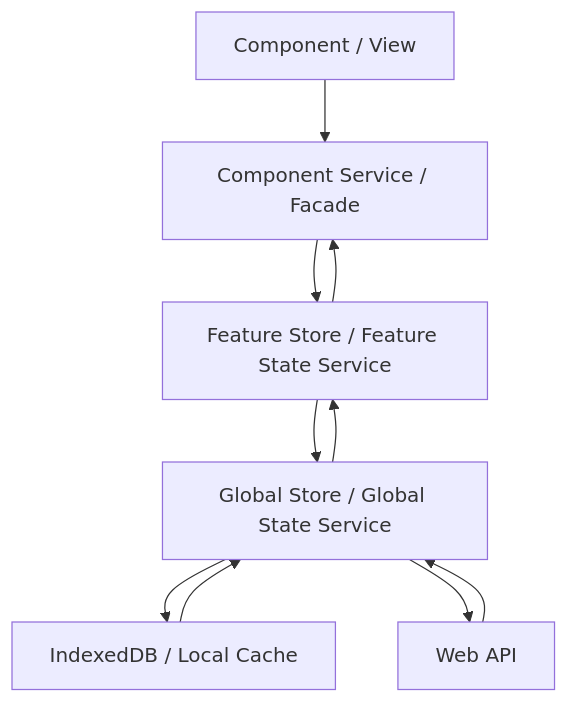
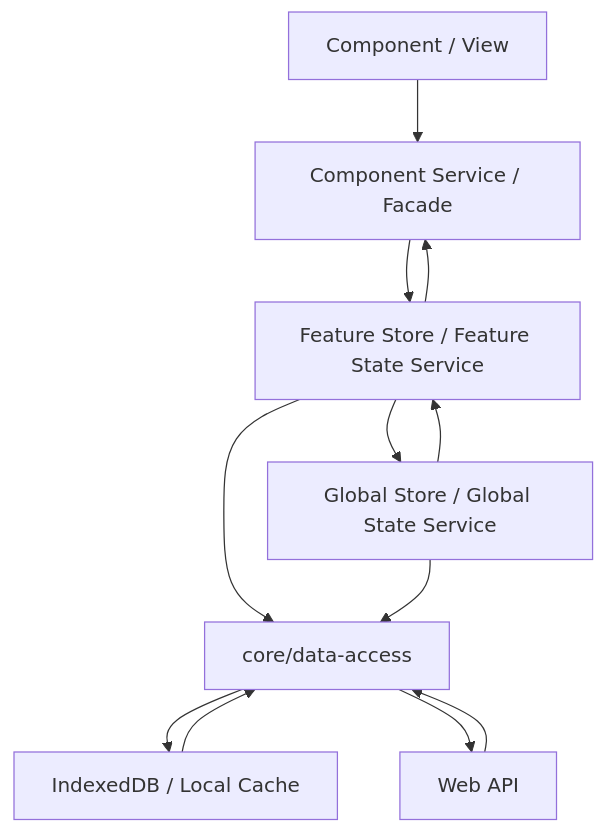
One commit to Heljens-IT-Services/agent-files changed the diagram in docs/DEVELOPER.Angular.md. Above: the diagram before and after it, drawn with Mermaid. The commit also changed other lines of this file and 4 other files, not shown here.

````diff
--- a/docs/DEVELOPER.Angular.md
+++ b/docs/DEVELOPER.Angular.md
@@ -15,12 +15,14 @@
 ```mermaid
 flowchart TD
     Component[Component / View] --> ComponentService[Component Service / Facade]
     ComponentService --> FStore[Feature Store / Feature State Service]
     FStore --> ComponentService
     FStore --> GStore[Global Store / Global State Service]
     GStore --> FStore
-    GStore --> LocalData[IndexedDB / Local Cache]
-    LocalData --> GStore
-    GStore --> WebApi[Web API]
-    WebApi --> GStore
+    FStore --> DataAccess[core/data-access]
+    GStore --> DataAccess
+    DataAccess --> LocalData[IndexedDB / Local Cache]
+    LocalData --> DataAccess
+    DataAccess --> WebApi[Web API]
+    WebApi --> DataAccess
 ```
````
